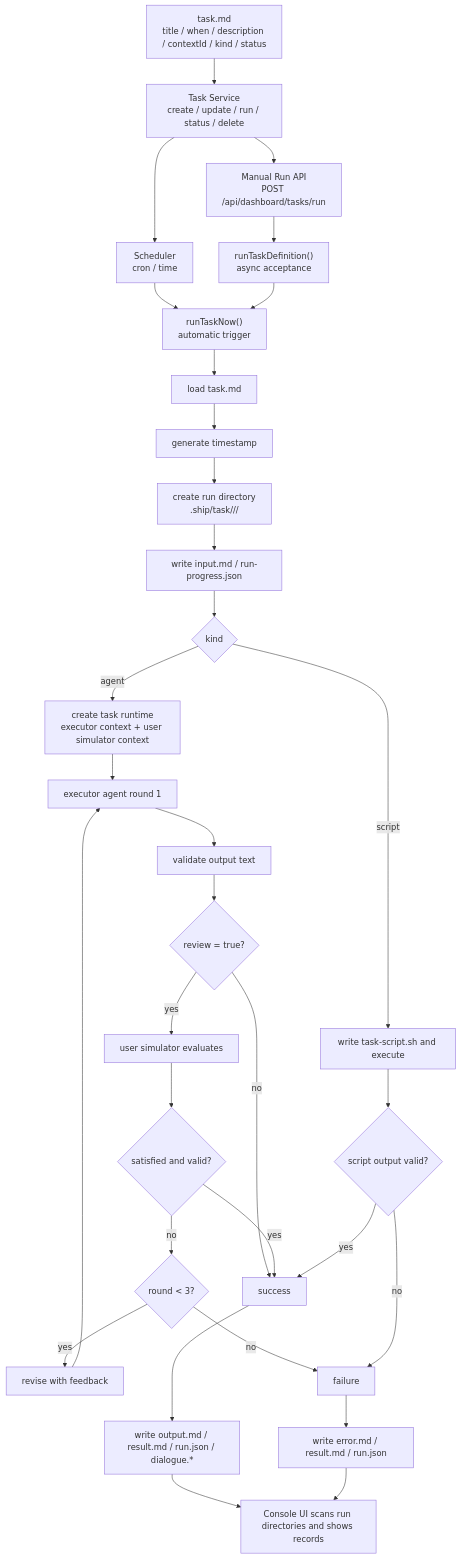
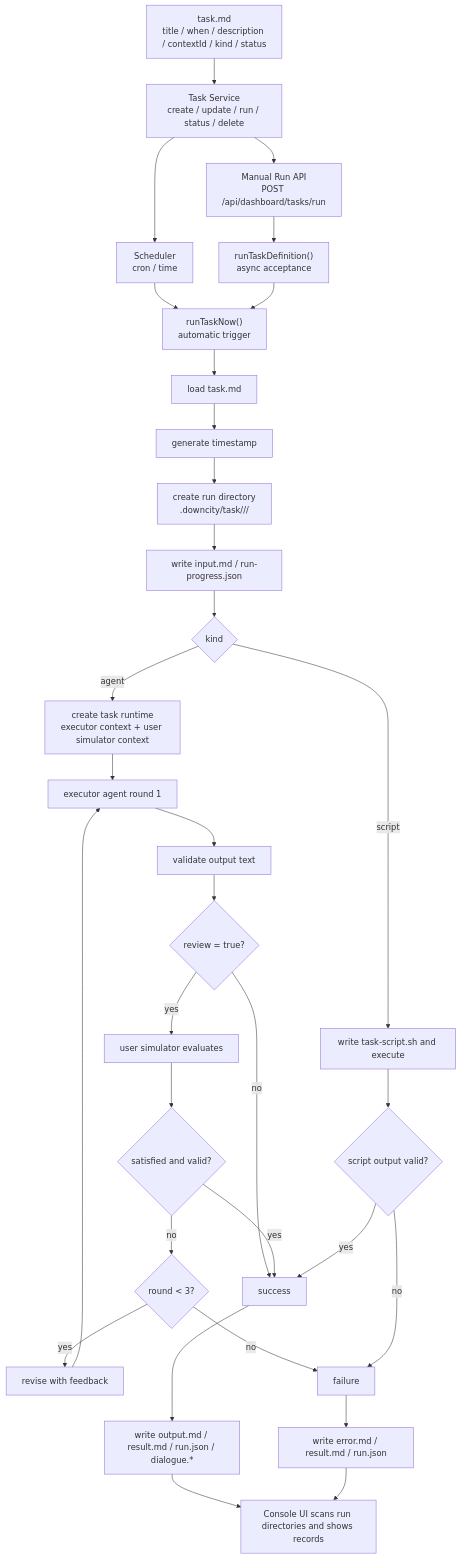
The diagram in homepage/content/docs/en/services/task/agent-task-mode.mdx (wangenius/downcity), drawn with Mermaid before and after one commit. The commit also changed other lines of this file and 240 other files, not shown here.

````diff
--- a/homepage/content/docs/en/services/task/agent-task-mode.mdx
+++ b/homepage/content/docs/en/services/task/agent-task-mode.mdx
@@ -62,44 +62,44 @@
 ```mermaid
 flowchart TD
     A["task.md<br/>title / when / description / contextId / kind / status"] --> B["Task Service<br/>create / update / run / status / delete"]
 
     B --> C["Manual Run API<br/>POST /api/dashboard/tasks/run"]
     B --> D["Scheduler<br/>cron / time"]
 
     C --> E["runTaskDefinition()<br/>async acceptance"]
     D --> F["runTaskNow()<br/>automatic trigger"]
 
     E --> F
 
     F --> G["load task.md"]
     G --> H["generate timestamp"]
-    H --> I["create run directory<br/>.ship/task/<taskId>/<timestamp>/"]
+    H --> I["create run directory<br/>.downcity/task/<taskId>/<timestamp>/"]
     I --> J["write input.md / run-progress.json"]
 
     J --> K{"kind"}
     K -->|agent| L["create task runtime<br/>executor context + user simulator context"]
     K -->|script| M["write task-script.sh and execute"]
 
     L --> N["executor agent round 1"]
     N --> O["validate output text"]
     O --> P{"review = true?"}
 
     P -->|no| R["success"]
     P -->|yes| Q["user simulator evaluates"]
 
     Q --> S{"satisfied and valid?"}
     S -->|yes| R["success"]
     S -->|no| T{"round < 3?"}
     T -->|yes| U["revise with feedback"]
     U --> N
     T -->|no| V["failure"]
 
     M --> W{"script output valid?"}
     W -->|yes| R
     W -->|no| V
 
     R --> X["write output.md / result.md / run.json / dialogue.*"]
     V --> Y["write error.md / result.md / run.json"]
     X --> Z["Console UI scans run directories and shows records"]
     Y --> Z
 ```
````
